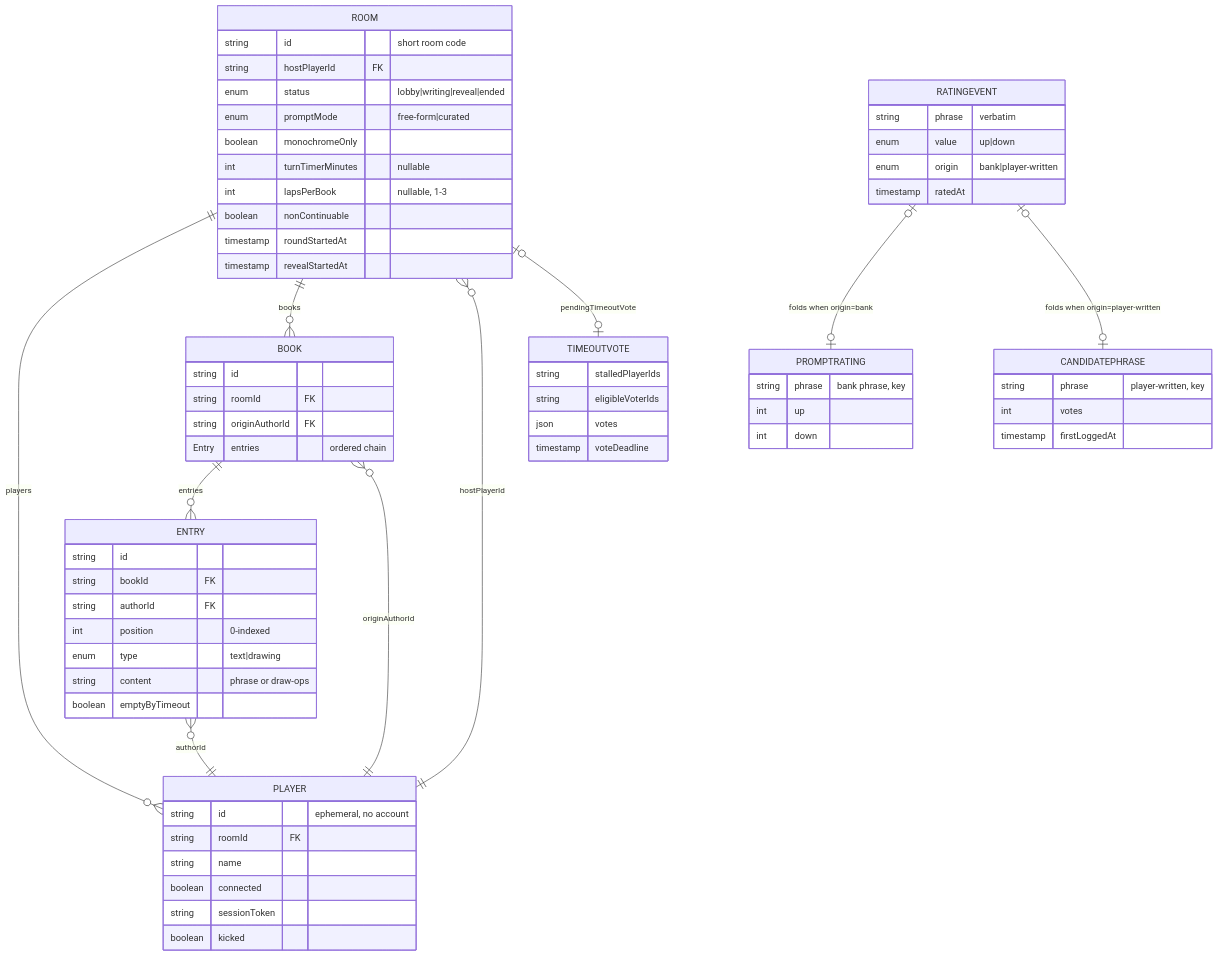
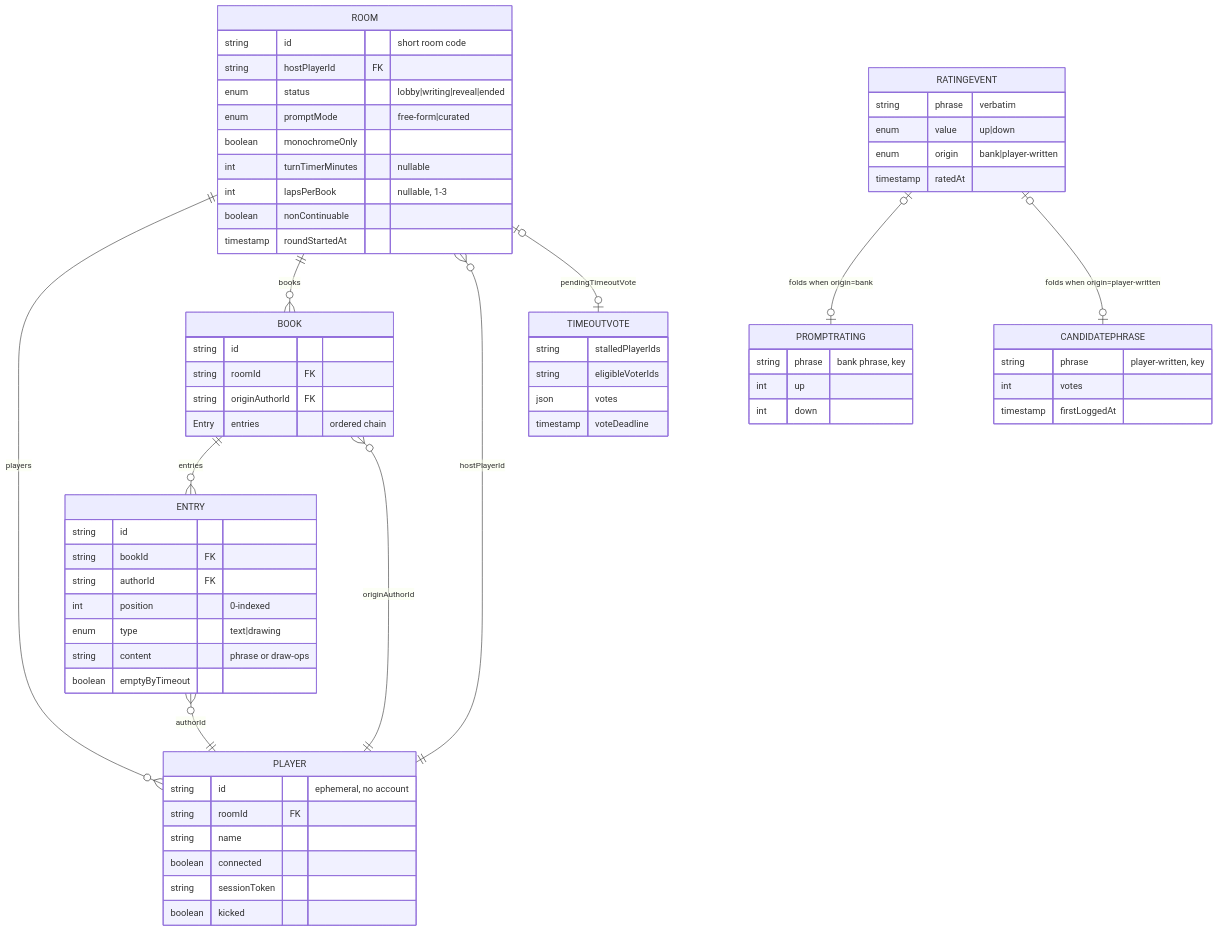
The diagram in README.md (moui72/exquisite-telephone), drawn with Mermaid before and after one commit. The commit also changed 17 other files, not shown here.

First line of the commit message:
refactor(shared): T006 remove Room.revealStartedAt end-to-end

````diff
--- a/README.md
+++ b/README.md
@@ -9,70 +9,69 @@
 ```mermaid
 erDiagram
     ROOM ||--o{ PLAYER : "players"
     ROOM ||--o{ BOOK : "books"
     ROOM }o--|| PLAYER : "hostPlayerId"
     ROOM |o--o| TIMEOUTVOTE : "pendingTimeoutVote"
     BOOK ||--o{ ENTRY : "entries"
     BOOK }o--|| PLAYER : "originAuthorId"
     ENTRY }o--|| PLAYER : "authorId"
     RATINGEVENT |o--o| PROMPTRATING : "folds when origin=bank"
     RATINGEVENT |o--o| CANDIDATEPHRASE : "folds when origin=player-written"
 
     ROOM {
         string id "short room code"
         string hostPlayerId FK
         enum status "lobby|writing|reveal|ended"
         enum promptMode "free-form|curated"
         boolean monochromeOnly
         int turnTimerMinutes "nullable"
         int lapsPerBook "nullable, 1-3"
         boolean nonContinuable
         timestamp roundStartedAt
-        timestamp revealStartedAt
     }
     PLAYER {
         string id "ephemeral, no account"
         string roomId FK
         string name
         boolean connected
         string sessionToken
         boolean kicked
     }
     BOOK {
         string id
         string roomId FK
         string originAuthorId FK
         Entry entries "ordered chain"
     }
     ENTRY {
         string id
         string bookId FK
         string authorId FK
         int position "0-indexed"
         enum type "text|drawing"
         string content "phrase or draw-ops"
         boolean emptyByTimeout
     }
     TIMEOUTVOTE {
         string stalledPlayerIds
         string eligibleVoterIds
         json votes
         timestamp voteDeadline
     }
     RATINGEVENT {
         string phrase "verbatim"
         enum value "up|down"
         enum origin "bank|player-written"
         timestamp ratedAt
     }
     PROMPTRATING {
         string phrase "bank phrase, key"
         int up
         int down
     }
     CANDIDATEPHRASE {
         string phrase "player-written, key"
         int votes
         timestamp firstLoggedAt
     }
 ```
````
